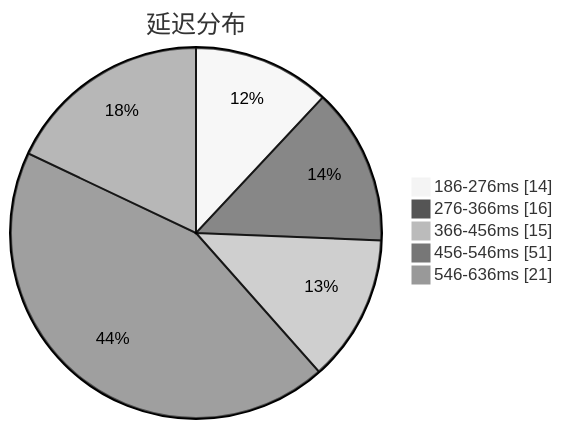
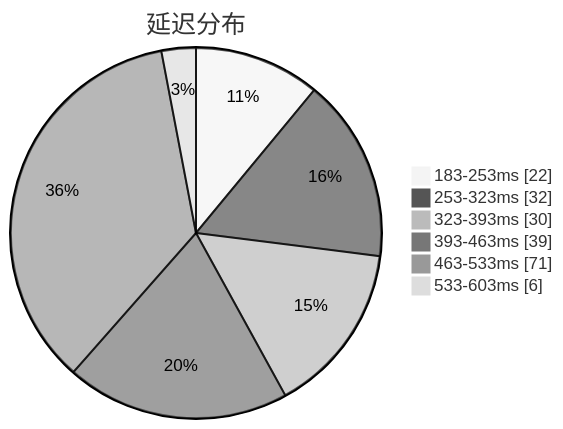
Before and after one commit to qjlxg/airport: the first of 3 diagrams in subs/statistics/tested_within.md, drawn with Mermaid (neutral theme). The commit also changed other lines of this file and 2 other files, not shown here.

````diff
--- a/subs/statistics/tested_within.md
+++ b/subs/statistics/tested_within.md
@@ -2,9 +2,10 @@
 ```mermaid
 pie showData
 title 延迟分布
-"186-276ms" : 14
-"276-366ms" : 16
-"366-456ms" : 15
-"456-546ms" : 51
-"546-636ms" : 21
+"183-253ms" : 22
+"253-323ms" : 32
+"323-393ms" : 30
+"393-463ms" : 39
+"463-533ms" : 71
+"533-603ms" : 6
 ```
````
